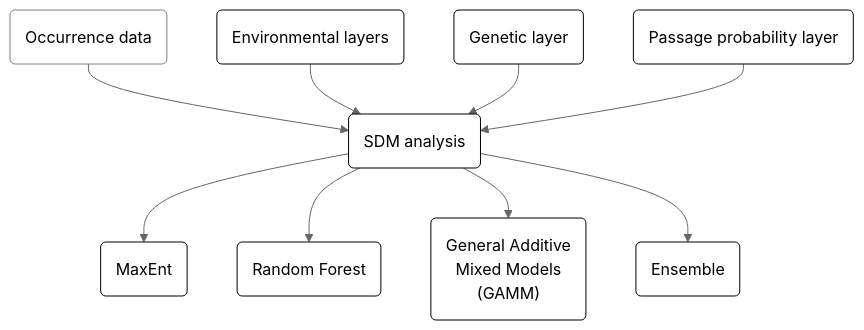
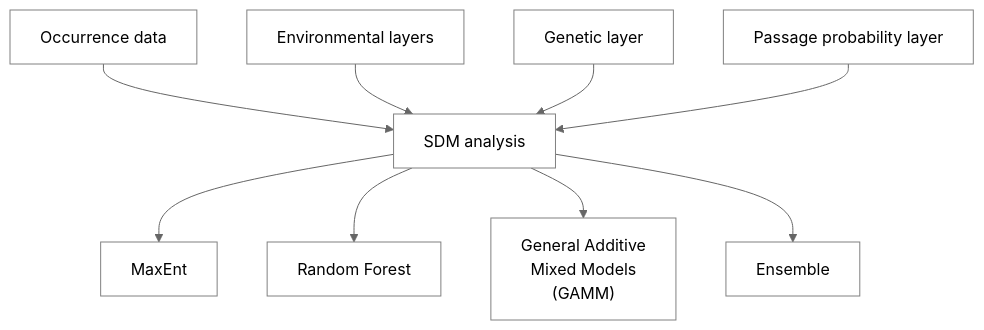
The diagram in README.md (grcvhon/atm-analysis), drawn with Mermaid (neutral theme) before and after one commit.

Commit message:
Update: repo readme

````diff
--- a/README.md
+++ b/README.md
@@ -11,34 +11,35 @@
 ```mermaid
 flowchart TD;
-    A("Occurrence data")
-    B("Environmental layers")
-    C("Genetic layer")
-    D("Passage probability layer")
-    E("SDM analysis")
-    F("MaxEnt")
-    G("Random Forest")
-    H("General Additive 
+    A["Occurrence data"]
+    B["Environmental layers"]
+    C["Genetic layer"]
+    D["Passage probability layer"]
+    E["SDM analysis"]
+    F["MaxEnt"]
+    G["Random Forest"]
+    H["General Additive 
     Mixed Models
-    (GAMM)")
-    I("Ensemble")
+    (GAMM)"]
+    I["Ensemble"]
     
     style A fill:white,stroke:grey,color:black
-    style B fill:white,stroke:black,color:black
-    style C fill:white,stroke:black,color:black
-    style D fill:white,stroke:black,color:black
-    style E fill:white,stroke:black,color:black
-    style F fill:white,stroke:black,color:black
-    style G fill:white,stroke:#000,color:black
-    style H fill:white,stroke:black,color:black
-    style I fill:white,stroke:black,color:black
-
+    style B fill:white,stroke:grey,color:black
+    style C fill:white,stroke:grey,color:black
+    style D fill:white,stroke:grey,color:black
+    style E fill:white,stroke:grey,color:black
+    style F fill:white,stroke:grey,color:black
+    style G fill:white,stroke:grey,color:black
+    style H fill:white,stroke:grey,color:black
+    style I fill:white,stroke:grey,color:black
 
     A-->E;
     B-->E;
     C-->E;
     D-->E;
     E-->F;
     E-->G;
     E-->H;
     E-->I;
+
+    linkStyle 1,2,3,4,5,6,7 color:grey;
 ```
````
